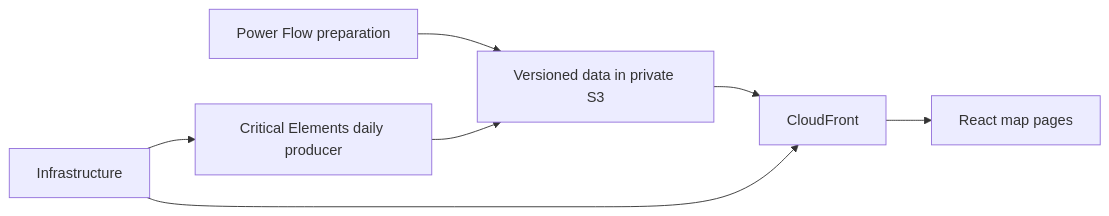
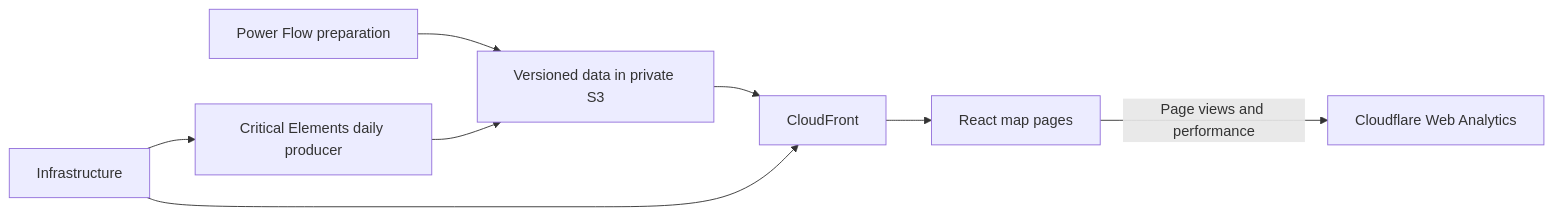
The diagram in coppersushi/README.md (zoltanmaric/coppersushi), drawn with Mermaid before and after one commit. The commit also changed 6 other files, not shown here.

Commit message:
Add Cloudflare Web Analytics to production app shells

````diff
--- a/coppersushi/README.md
+++ b/coppersushi/README.md
@@ -11,8 +11,9 @@
 ```mermaid
 flowchart LR
   preparation["Power Flow preparation"] --> files["Versioned data in private S3"]
   daily["Critical Elements daily producer"] --> files
   files --> edge["CloudFront"] --> frontend["React map pages"]
+  frontend -->|Page views and performance| analytics["Cloudflare Web Analytics"]
   infra["Infrastructure"] --> daily
   infra --> edge
 ```
````
